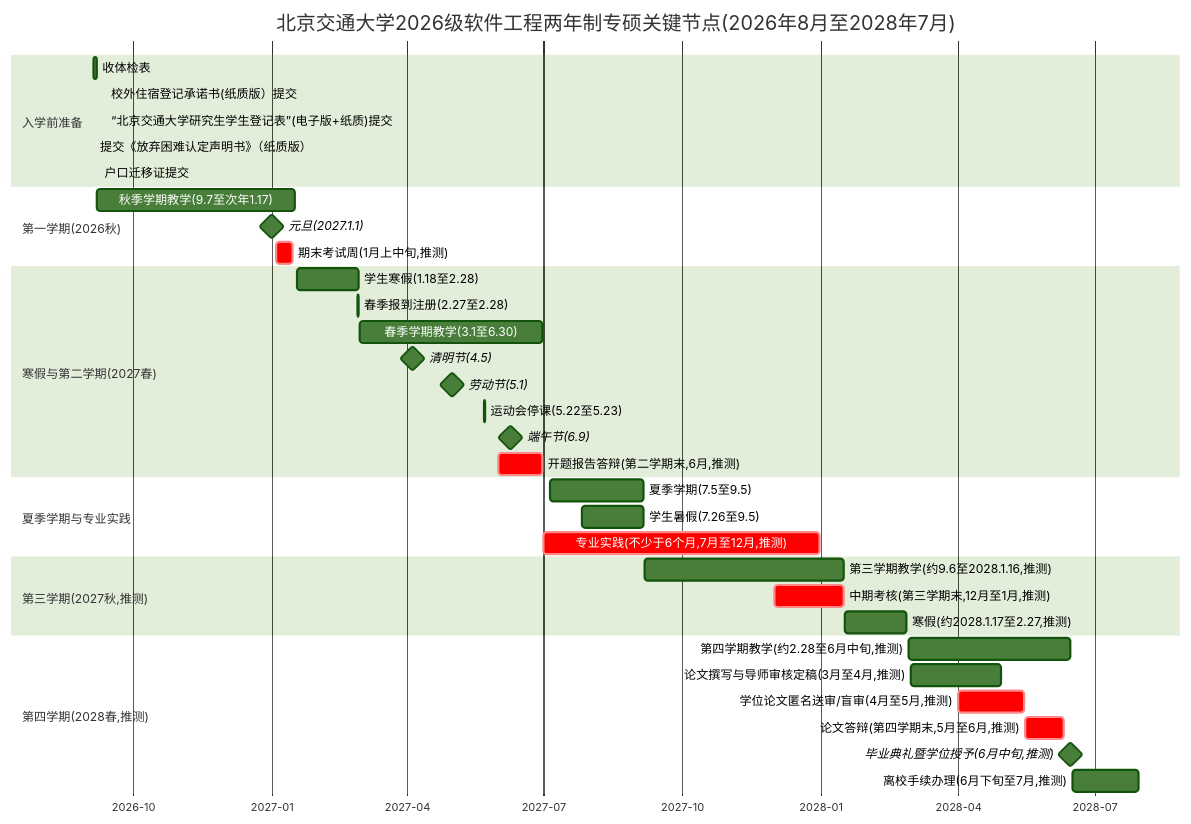
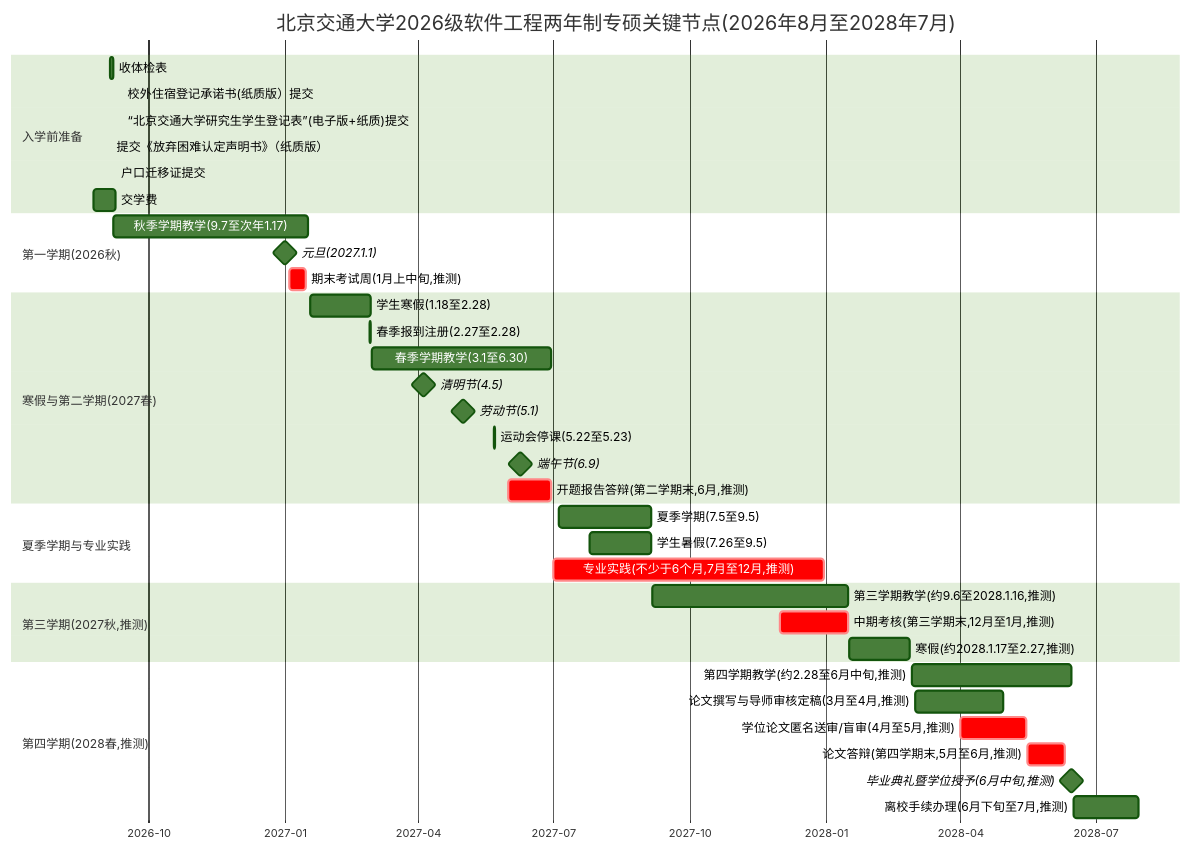
One commit to leo372239-1024/mermaid-gantt-share changed the diagram in gantt.md. Above: the diagram before and after it, drawn with Mermaid (forest theme).

Commit message:
sync: add: b6 交学费

````diff
--- a/gantt.md
+++ b/gantt.md
@@ -13,42 +13,43 @@
 ```mermaid
 gantt
     title 北京交通大学2026级软件工程两年制专硕关键节点(2026年8月至2028年7月)
     dateFormat YYYY-MM-DD
     axisFormat %Y-%m
     section 入学前准备
     收体检表 :b1, 2026-09-05, 2026-09-07
     校外住宿登记承诺书(纸质版）提交 :b3, 2026-09-13, 0d
     “北京交通大学研究生学生登记表”(电子版+纸质)提交 :b4, 2026-09-13, 0d
     提交《放弃困难认定声明书》（纸质版） :b5, 2026-09-06, 0d
     户口迁移证提交 :b2, 2026-09-09, 0d
+    交学费 :b6, 2026-08-25, 2026-09-09
     section 报到与注册
     section 开学季事务(班级通知)
     section 第一学期(2026秋)
     秋季学期教学(9.7至次年1.17) :t7, 2026-09-07, 2027-01-17
     元旦(2027.1.1) :milestone, m7, 2027-01-01, 0d
     期末考试周(1月上中旬,推测) :crit, t8, 2027-01-04, 2027-01-15
     section 寒假与第二学期(2027春)
     学生寒假(1.18至2.28) :t9, 2027-01-18, 2027-02-28
     春季报到注册(2.27至2.28) :t10, 2027-02-27, 2027-02-28
     春季学期教学(3.1至6.30) :t11, 2027-03-01, 2027-06-30
     清明节(4.5) :milestone, m8, 2027-04-05, 0d
     劳动节(5.1) :milestone, m9, 2027-05-01, 0d
     运动会停课(5.22至5.23) :t12, 2027-05-22, 2027-05-23
     端午节(6.9) :milestone, m10, 2027-06-09, 0d
     开题报告答辩(第二学期末,6月,推测) :crit, t13, 2027-06-01, 2027-06-30
     section 夏季学期与专业实践
     夏季学期(7.5至9.5) :t14, 2027-07-05, 2027-09-05
     学生暑假(7.26至9.5) :t15, 2027-07-26, 2027-09-05
     专业实践(不少于6个月,7月至12月,推测) :crit, t16, 2027-07-01, 2027-12-31
     section 第三学期(2027秋,推测)
     第三学期教学(约9.6至2028.1.16,推测) :t17, 2027-09-06, 2028-01-16
     中期考核(第三学期末,12月至1月,推测) :crit, t18, 2027-12-01, 2028-01-16
     寒假(约2028.1.17至2.27,推测) :t19, 2028-01-17, 2028-02-27
     section 第四学期(2028春,推测)
     第四学期教学(约2.28至6月中旬,推测) :t20, 2028-02-28, 2028-06-15
     论文撰写与导师审核定稿(3月至4月,推测) :t21, 2028-03-01, 2028-04-30
     学位论文匿名送审/盲审(4月至5月,推测) :crit, t22, 2028-04-01, 2028-05-15
     论文答辩(第四学期末,5月至6月,推测) :crit, t23, 2028-05-16, 2028-06-10
     毕业典礼暨学位授予(6月中旬,推测) :milestone, m11, 2028-06-15, 0d
     离校手续办理(6月下旬至7月,推测) :t24, 2028-06-16, 2028-07-30
 ```
````
